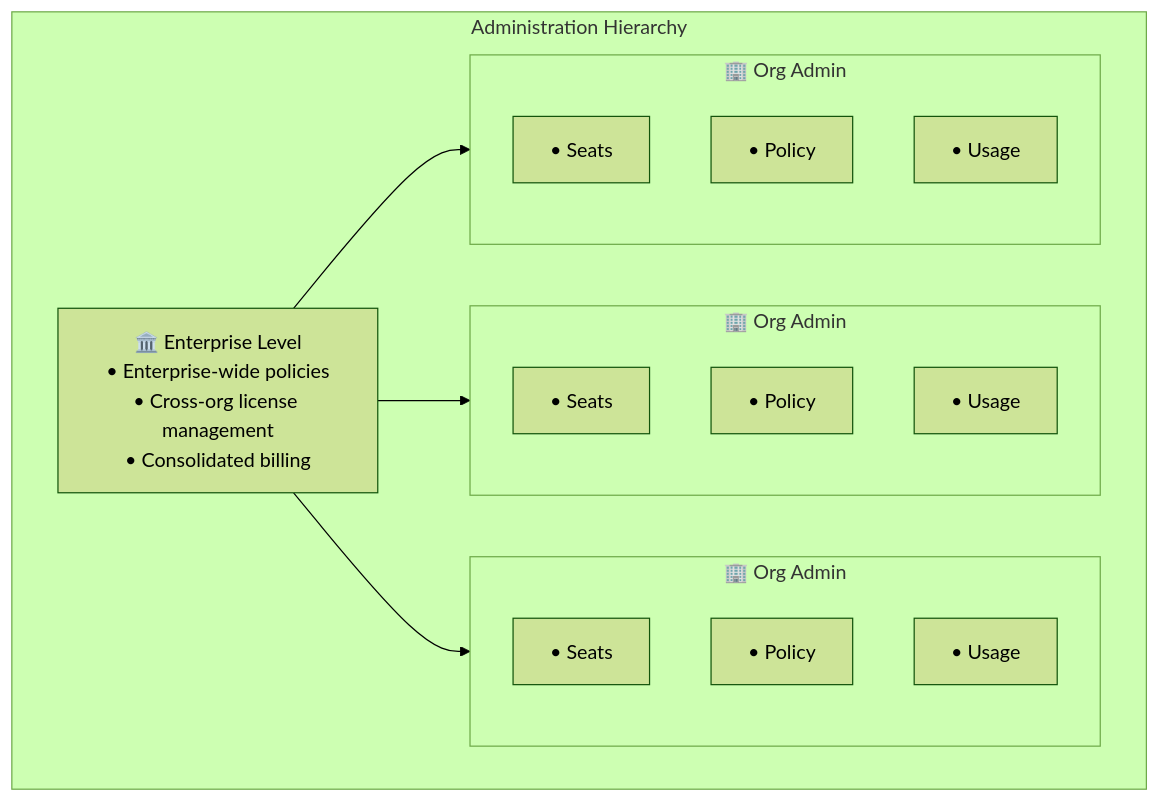
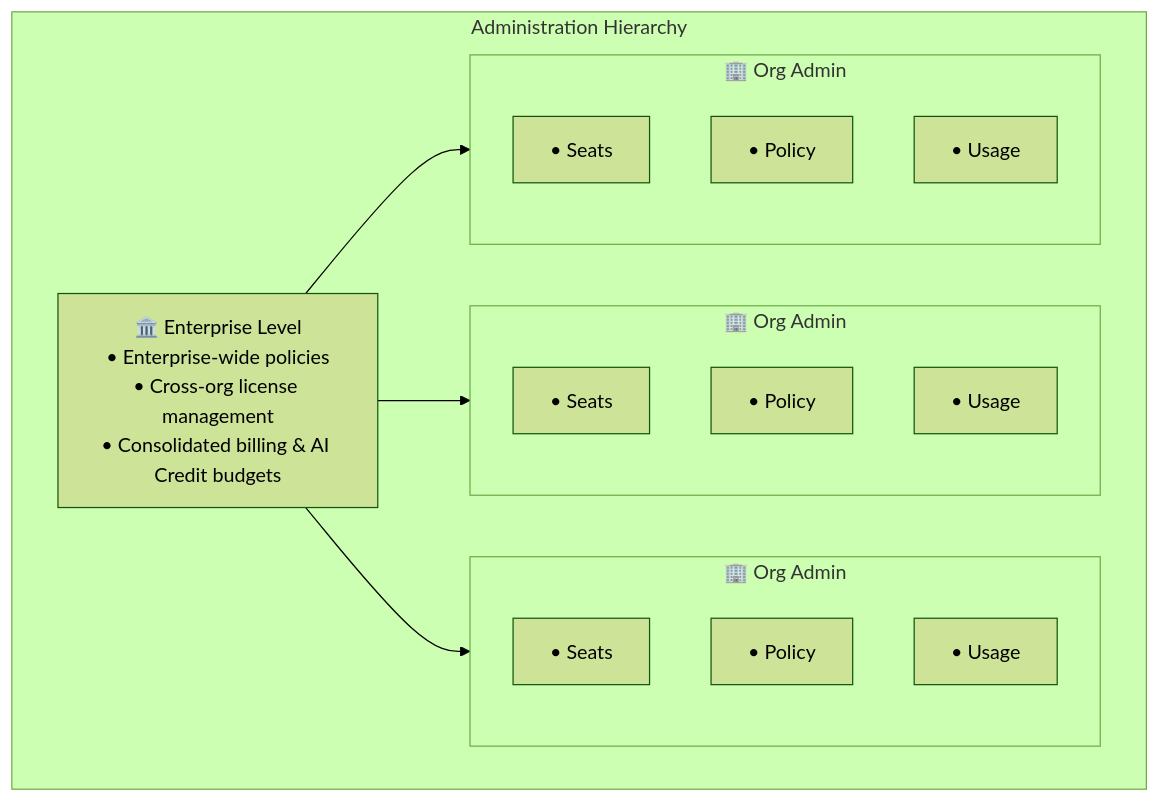
The first of 4 diagrams in advanced/module-14/enterprise.md (jmassardo/github-training), drawn with Mermaid (forest theme) before and after one commit. The commit also changed other lines of this file and 12 other files, not shown here.

```diff
--- a/advanced/module-14/enterprise.md
+++ b/advanced/module-14/enterprise.md
@@ -95,26 +95,26 @@
 <div class="mermaid">
 flowchart TD
   subgraph AdminHierarchy["Administration Hierarchy"]
-    Enterprise["🏛️ Enterprise Level<br/>• Enterprise-wide policies<br/>• Cross-org license management<br/>• Consolidated billing"]
+    Enterprise["🏛️ Enterprise Level<br/>• Enterprise-wide policies<br/>• Cross-org license management<br/>• Consolidated billing &amp; AI Credit budgets"]
     
     Enterprise --> Org1 & Org2 & Org3
     
     subgraph Org1["🏢 Org Admin"]
       O1A["• Seats"]
       O1B["• Policy"]
       O1C["• Usage"]
     end
     
     subgraph Org2["🏢 Org Admin"]
       O2A["• Seats"]
       O2B["• Policy"]
       O2C["• Usage"]
     end
     
     subgraph Org3["🏢 Org Admin"]
       O3A["• Seats"]
       O3B["• Policy"]
       O3C["• Usage"]
     end
   end
 </div>
```
